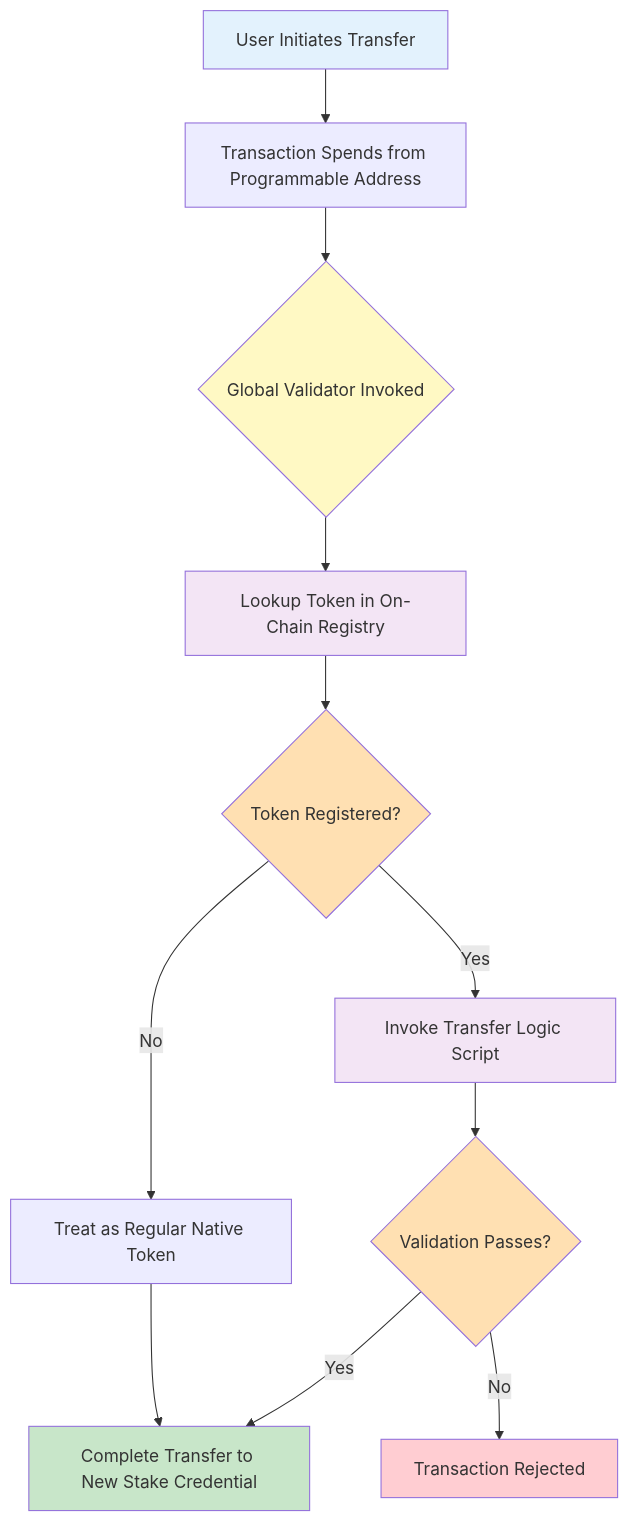
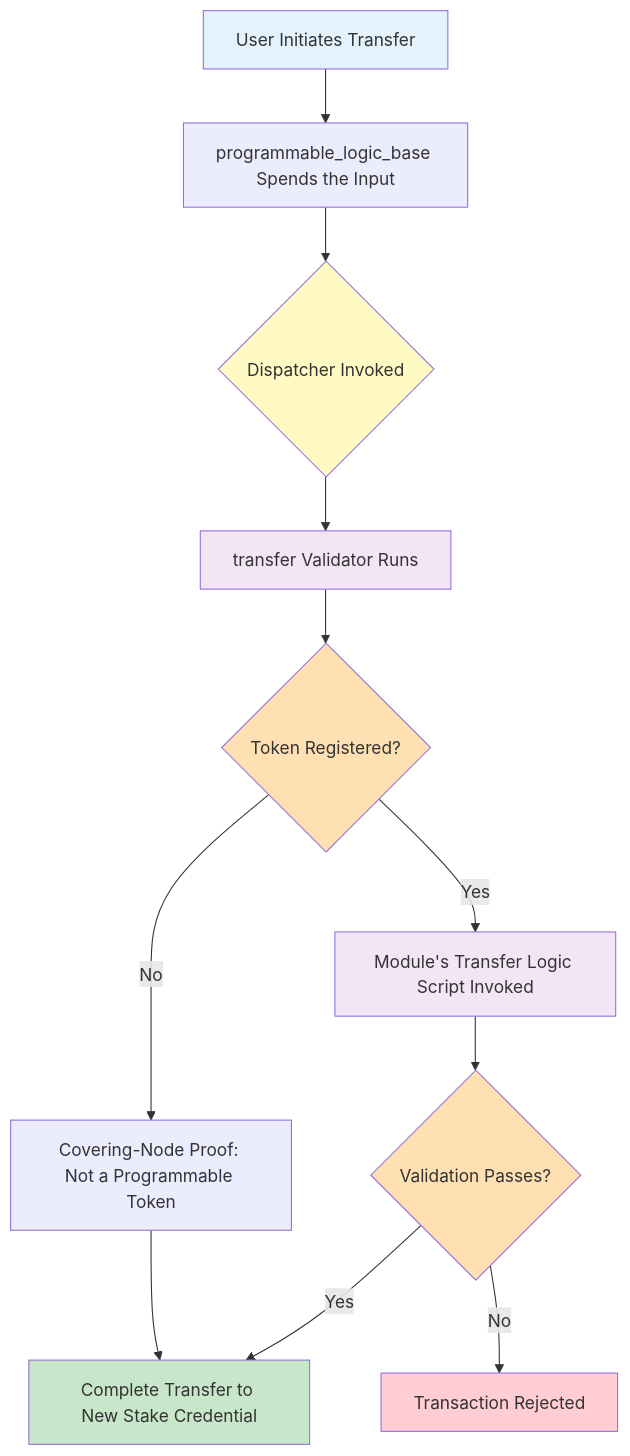
Before and after one commit to cardano-foundation/cardano-dev-skills: the diagram in docs/sources/cip-113-programmable-tokens/documentation/01-INTRODUCTION.md, drawn with Mermaid. The commit also changed other lines of this file and 10 other files, not shown here.

````diff
--- a/docs/sources/cip-113-programmable-tokens/documentation/01-INTRODUCTION.md
+++ b/docs/sources/cip-113-programmable-tokens/documentation/01-INTRODUCTION.md
@@ -127,22 +127,22 @@
 ```mermaid
 graph TB
-    A[User Initiates Transfer] --> B[Transaction Spends from Programmable Address]
-    B --> C{Global Validator Invoked}
-    C --> D[Lookup Token in On-Chain Registry]
+    A[User Initiates Transfer] --> B[programmable_logic_base Spends the Input]
+    B --> C{Dispatcher Invoked}
+    C --> D[transfer Validator Runs]
     D --> E{Token Registered?}
-    E -->|Yes| F[Invoke Transfer Logic Script]
-    E -->|No| G[Treat as Regular Native Token]
+    E -->|Yes| F[Module's Transfer Logic Script Invoked]
+    E -->|No| G[Covering-Node Proof: Not a Programmable Token]
     F --> H{Validation Passes?}
     H -->|Yes| I[Complete Transfer to New Stake Credential]
     H -->|No| J[Transaction Rejected]
     G --> I
 
     style A fill:#e3f2fd
     style C fill:#fff9c4
     style D fill:#f3e5f5
     style E fill:#ffe0b2
     style F fill:#f3e5f5
     style H fill:#ffe0b2
     style I fill:#c8e6c9
     style J fill:#ffcdd2
 ```
````
